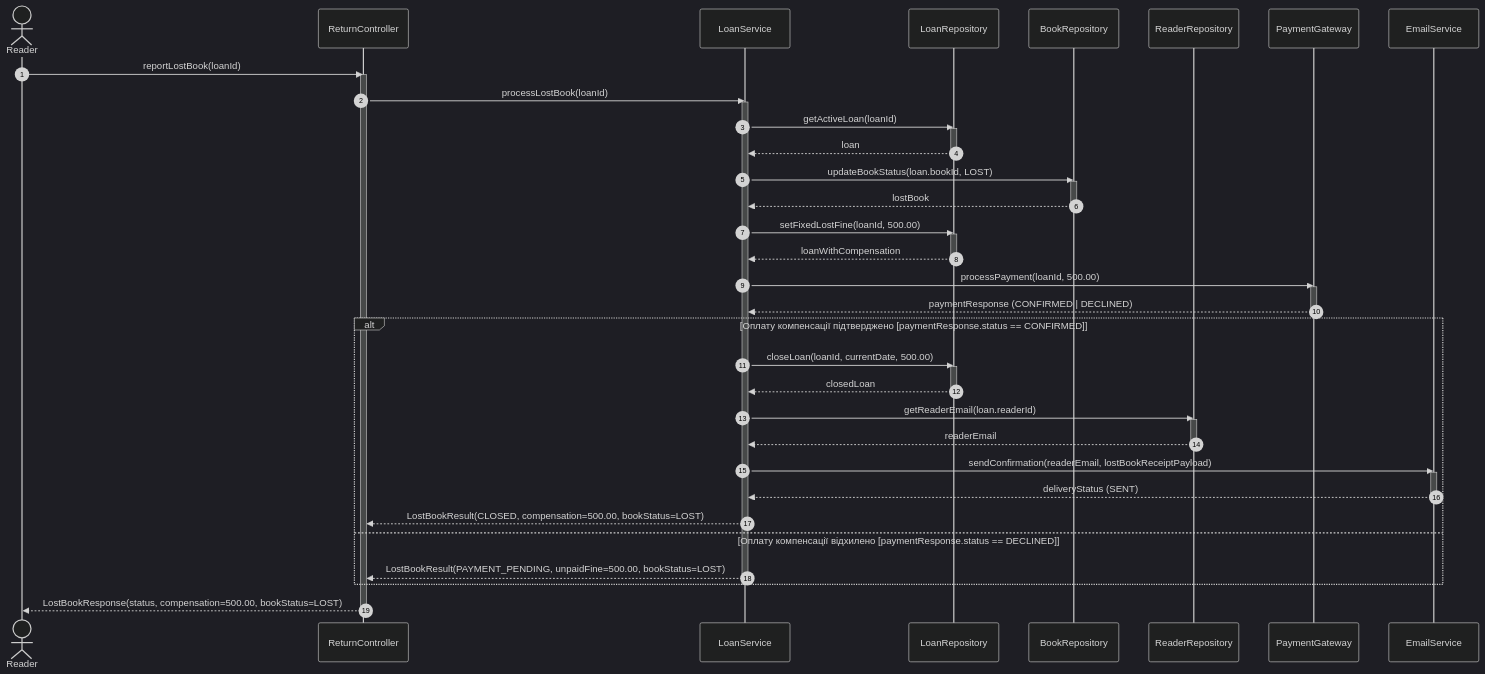
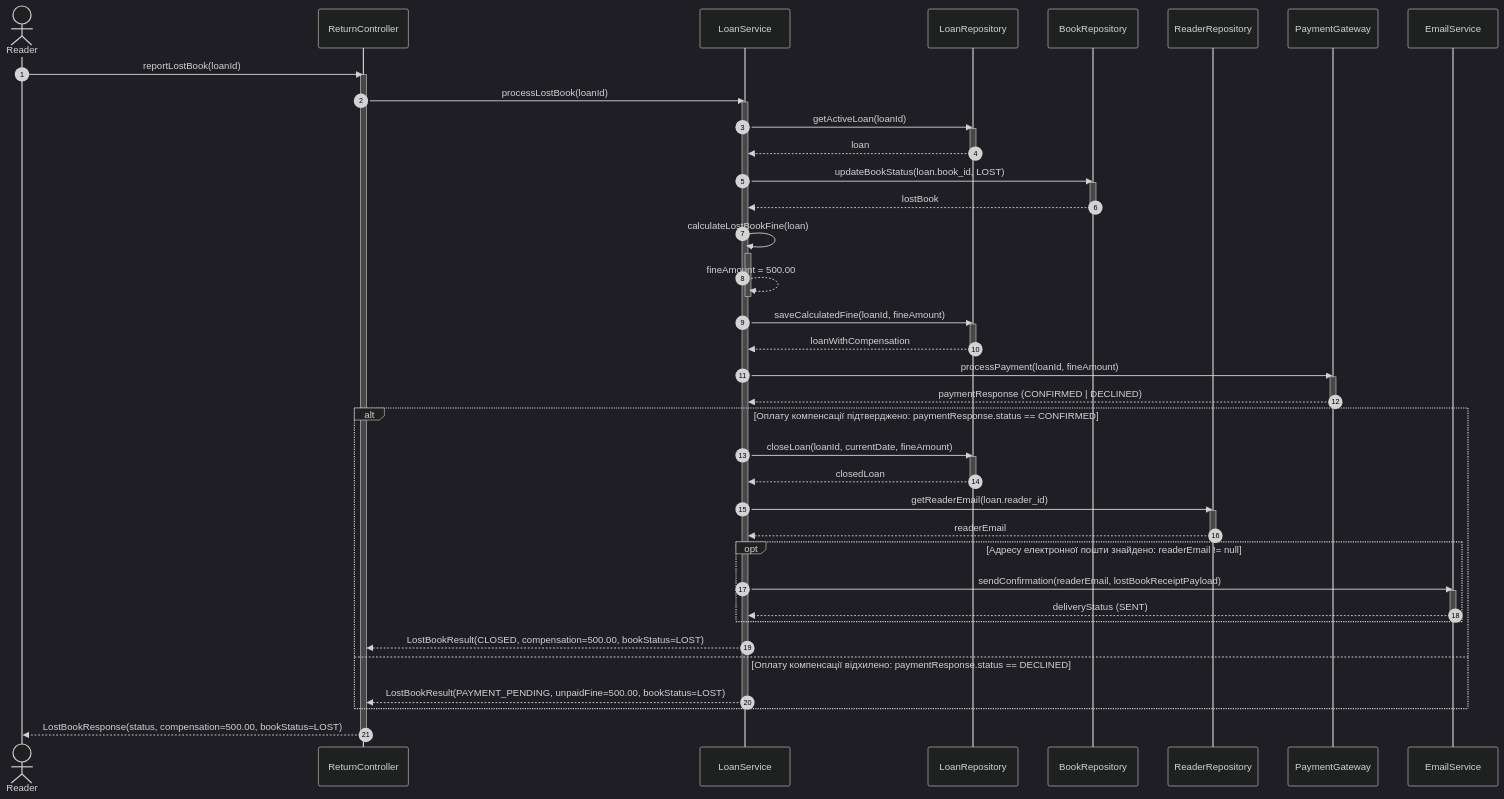
One commit to Fitil4ik/Library-system changed the third of 3 diagrams in Lab3/diagrams.md. Above: the diagram before and after it, drawn with Mermaid (dark theme). The commit also changed other lines of this file and 1 other file, not shown here.

Commit message:
update diagram according to prompt-2

````diff
--- a/Lab3/diagrams.md
+++ b/Lab3/diagrams.md
@@ -165,63 +162,70 @@
 ```mermaid
 sequenceDiagram
     autonumber
     actor Reader
     participant ReturnController
     participant LoanService
     participant LoanRepository
     participant BookRepository
     participant ReaderRepository
     participant PaymentGateway
     participant EmailService
 
     Reader->>ReturnController: reportLostBook(loanId)
     activate ReturnController
 
     ReturnController->>LoanService: processLostBook(loanId)
     activate LoanService
 
     LoanService->>LoanRepository: getActiveLoan(loanId)
     activate LoanRepository
     LoanRepository-->>LoanService: loan
     deactivate LoanRepository
 
-    LoanService->>BookRepository: updateBookStatus(loan.bookId, LOST)
+    LoanService->>BookRepository: updateBookStatus(loan.book_id, LOST)
     activate BookRepository
     BookRepository-->>LoanService: lostBook
     deactivate BookRepository
 
-    LoanService->>LoanRepository: setFixedLostFine(loanId, 500.00)
+    LoanService->>LoanService: calculateLostBookFine(loan)
+    activate LoanService
+    LoanService-->>LoanService: fineAmount = 500.00
+    deactivate LoanService
+
+    LoanService->>LoanRepository: saveCalculatedFine(loanId, fineAmount)
     activate LoanRepository
     LoanRepository-->>LoanService: loanWithCompensation
     deactivate LoanRepository
 
-    LoanService->>PaymentGateway: processPayment(loanId, 500.00)
+    LoanService->>PaymentGateway: processPayment(loanId, fineAmount)
     activate PaymentGateway
     PaymentGateway-->>LoanService: paymentResponse (CONFIRMED | DECLINED)
     deactivate PaymentGateway
 
-    alt Оплату компенсації підтверджено [paymentResponse.status == CONFIRMED]
-        LoanService->>LoanRepository: closeLoan(loanId, currentDate, 500.00)
+    alt Оплату компенсації підтверджено: paymentResponse.status == CONFIRMED
+        LoanService->>LoanRepository: closeLoan(loanId, currentDate, fineAmount)
         activate LoanRepository
         LoanRepository-->>LoanService: closedLoan
         deactivate LoanRepository
 
-        LoanService->>ReaderRepository: getReaderEmail(loan.readerId)
+        LoanService->>ReaderRepository: getReaderEmail(loan.reader_id)
         activate ReaderRepository
         ReaderRepository-->>LoanService: readerEmail
         deactivate ReaderRepository
 
-        LoanService->>EmailService: sendConfirmation(readerEmail, lostBookReceiptPayload)
-        activate EmailService
-        EmailService-->>LoanService: deliveryStatus (SENT)
-        deactivate EmailService
+        opt Адресу електронної пошти знайдено: readerEmail != null
+            LoanService->>EmailService: sendConfirmation(readerEmail, lostBookReceiptPayload)
+            activate EmailService
+            EmailService-->>LoanService: deliveryStatus (SENT)
+            deactivate EmailService
+        end
 
         LoanService-->>ReturnController: LostBookResult(CLOSED, compensation=500.00, bookStatus=LOST)
-    else Оплату компенсації відхилено [paymentResponse.status == DECLINED]
+    else Оплату компенсації відхилено: paymentResponse.status == DECLINED
         LoanService-->>ReturnController: LostBookResult(PAYMENT_PENDING, unpaidFine=500.00, bookStatus=LOST)
     end
 
     deactivate LoanService
     ReturnController-->>Reader: LostBookResponse(status, compensation=500.00, bookStatus=LOST)
     deactivate ReturnController
 ```
````
